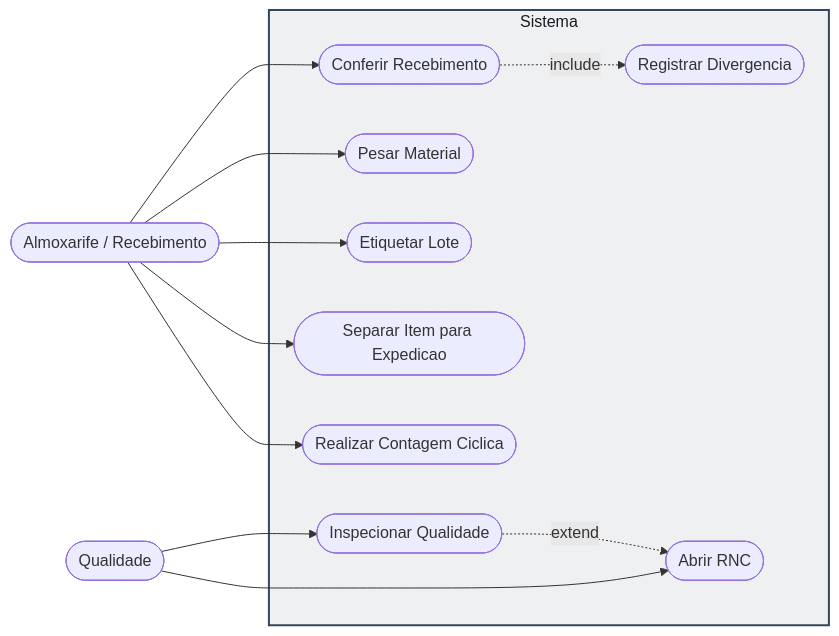
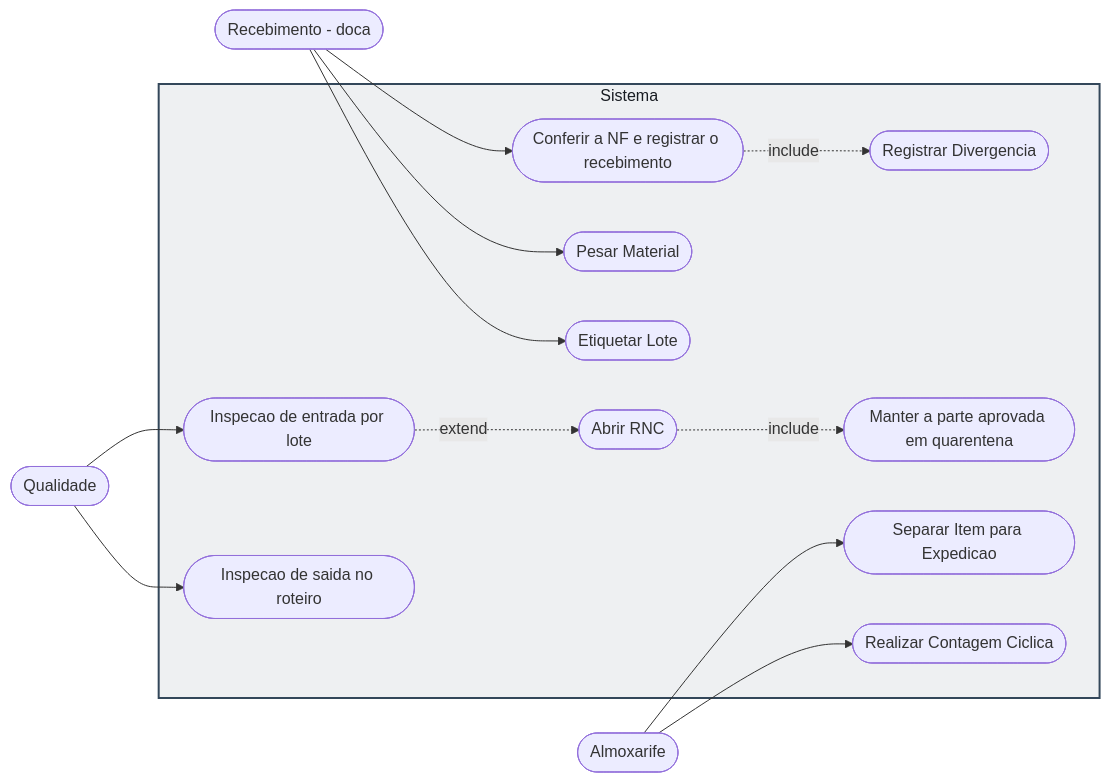
The ninth of 28 diagrams in 04-Arquitetura-Transversal/Diagramas-UML.md (Acosvital/vault-avhub-mer), drawn with Mermaid before and after one commit. The commit also changed other lines of this file and 3 other files, not shown here.

Commit message:
docs(vault): atualiza UML, fluxograma de telas, encaixe estoque/revenda e anexo 0003 do contrato 33

````diff
--- a/04-Arquitetura-Transversal/Diagramas-UML.md
+++ b/04-Arquitetura-Transversal/Diagramas-UML.md
@@ -775,26 +771,30 @@
 ```mermaid
 flowchart LR
-    Almoxarife(["Almoxarife / Recebimento"])
+    Receb(["Recebimento - doca"])
     Qualidade(["Qualidade"])
+    Almoxarife(["Almoxarife"])
     subgraph SISTEMA[Sistema]
-        UC12([Conferir Recebimento])
+        UC12([Conferir a NF e registrar o recebimento])
         UC13([Registrar Divergencia])
         UC14([Pesar Material])
         UC15([Etiquetar Lote])
-        UC16([Inspecionar Qualidade])
+        UC16([Inspecao de entrada por lote])
         UC17([Abrir RNC])
+        UC18([Manter a parte aprovada em quarentena])
+        UC21([Inspecao de saida no roteiro])
         UC19([Separar Item para Expedicao])
         UC20([Realizar Contagem Ciclica])
     end
-    Almoxarife --> UC12
-    Almoxarife --> UC14
-    Almoxarife --> UC15
+    Receb --> UC12
+    Receb --> UC14
+    Receb --> UC15
+    Qualidade --> UC16
+    Qualidade --> UC21
     Almoxarife --> UC19
     Almoxarife --> UC20
-    Qualidade --> UC16
-    Qualidade --> UC17
     UC12 -.include.-> UC13
     UC16 -.extend.-> UC17
+    UC17 -.include.-> UC18
 
     style SISTEMA fill:#eef0f2,stroke:#33475a,stroke-width:2px,color:#181c22
 ```
````
